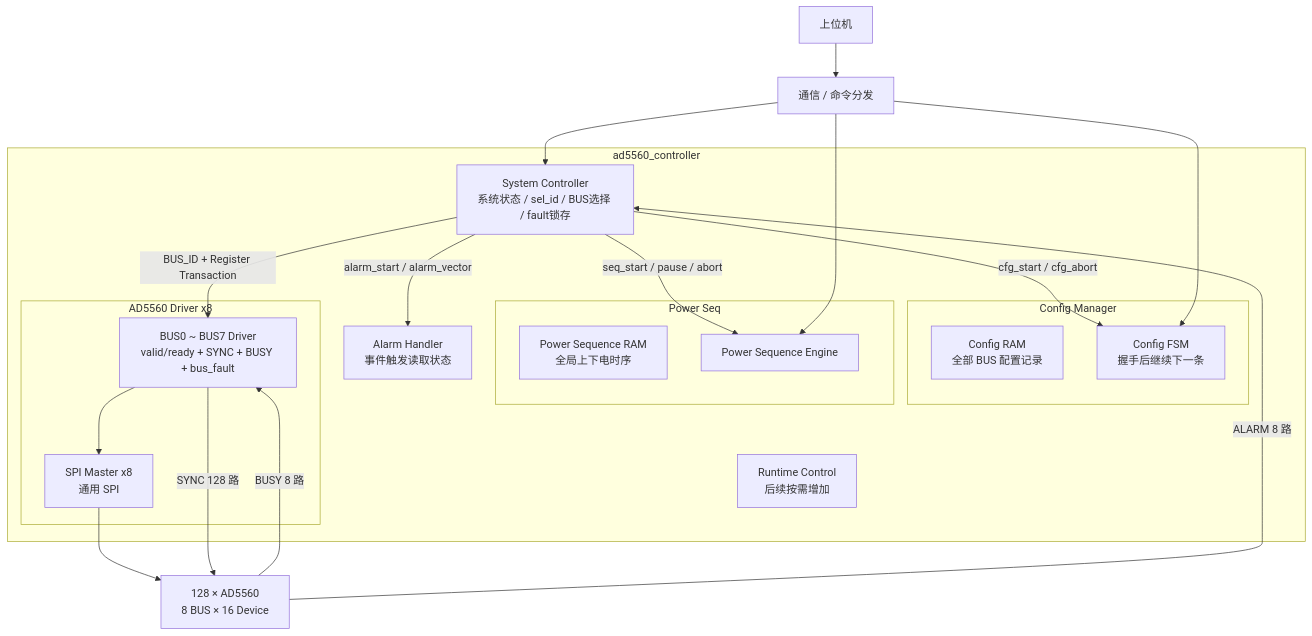
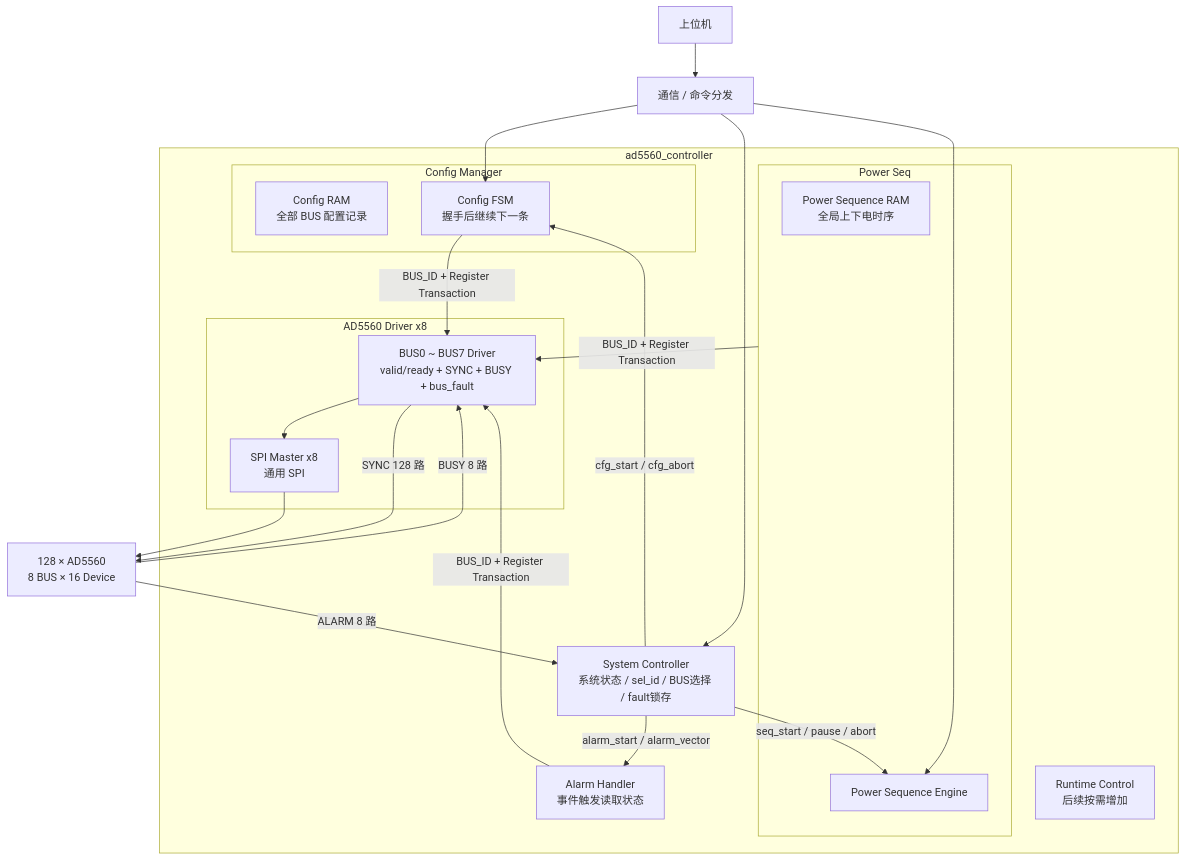
The diagram in AD5560/SYSTEM_ARCHITECTURE.md (hhanghhhhh/hbm_proj), drawn with Mermaid before and after one commit.

````diff
--- a/AD5560/SYSTEM_ARCHITECTURE.md
+++ b/AD5560/SYSTEM_ARCHITECTURE.md
@@ -204,46 +204,49 @@
 ```mermaid
 flowchart TB
     PC[上位机]
     COMM[通信 / 命令分发]
 
     subgraph CTRL[ad5560_controller]
         SYS[System Controller\n系统状态 / sel_id / BUS选择 / fault锁存]
 
         subgraph CFG[Config Manager]
             CRAM[Config RAM\n全部 BUS 配置记录]
             CM[Config FSM\n握手后继续下一条]
         end
 
         subgraph PSEQ[Power Seq]
             PSRAM[Power Sequence RAM\n全局上下电时序]
             PSE[Power Sequence Engine]
         end
 
         AH[Alarm Handler\n事件触发读取状态]
         RC[Runtime Control\n后续按需增加]
 
         subgraph DRIVERS[AD5560 Driver x8]
             DRV[BUS0 ~ BUS7 Driver\nvalid/ready + SYNC + BUSY + bus_fault]
             SPI[SPI Master x8\n通用 SPI]
             DRV --> SPI
         end
 
         SYS -->|cfg_start / cfg_abort| CM
         SYS -->|seq_start / pause / abort| PSE
         SYS -->|alarm_start / alarm_vector| AH
 
-        SYS -->|BUS_ID + Register Transaction| DRV
+        CM -->|BUS_ID + Register Transaction| DRV
+        PSEQ -->|BUS_ID + Register Transaction| DRV
+        AH -->|BUS_ID + Register Transaction| DRV
+
     end
 
     DEV[128 × AD5560\n8 BUS × 16 Device]
 
     PC --> COMM
     COMM --> CM
     COMM --> SYS
     COMM --> PSE
 
     SPI --> DEV
     DRV -->|SYNC 128 路| DEV
     DEV -->|BUSY 8 路| DRV
     DEV -->|ALARM 8 路| SYS
 ```
````
